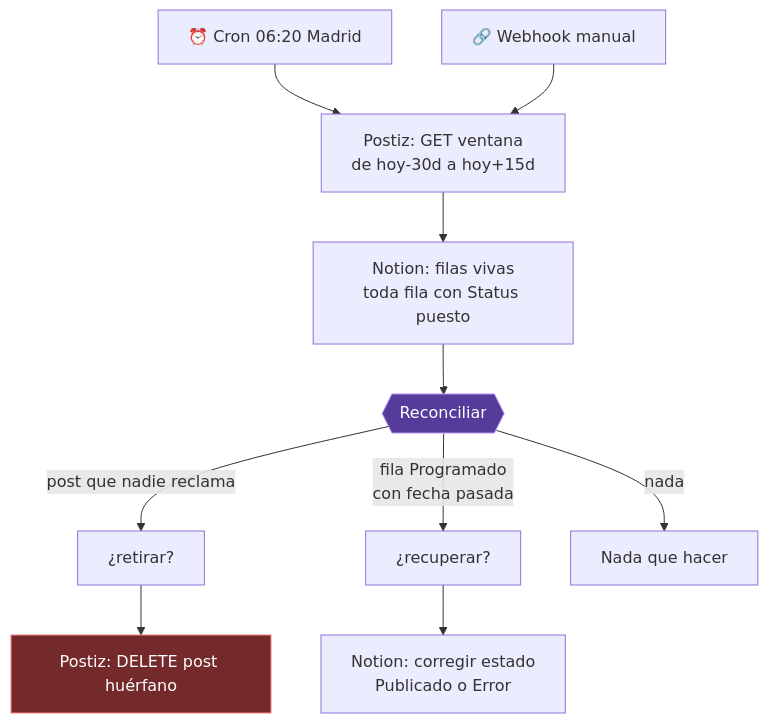
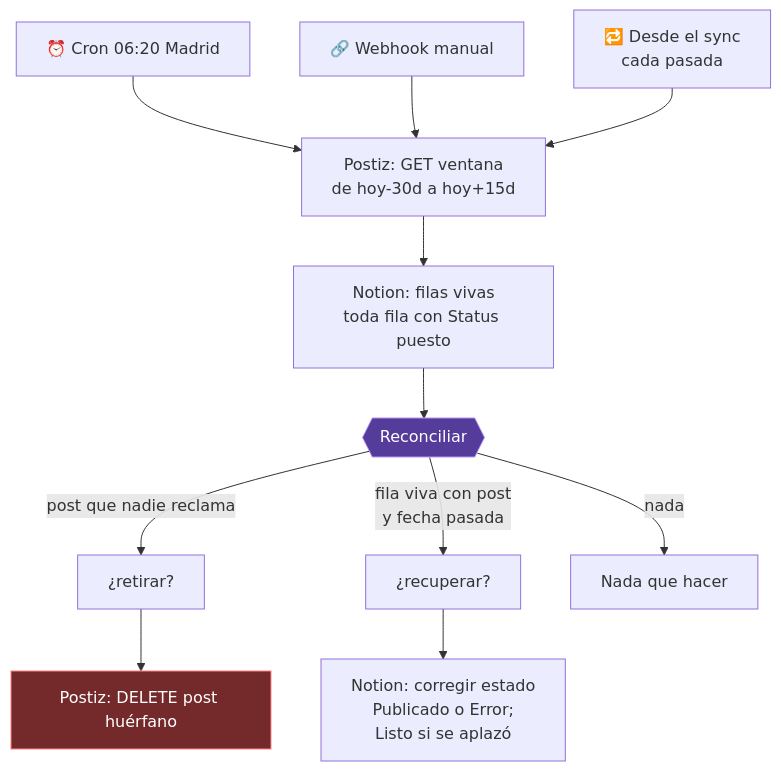
One commit to dustin-calderon/postiz-app changed the fifth of 11 diagrams in docs/architecture/CONTENT_PIPELINE_DIAGRAMS.md. Above: the diagram before and after it, drawn with Mermaid. The commit also changed other lines of this file and 2 other files, not shown here.

First line of the commit message:
fix(pipeline): una pieza aplazada no sale en la fecha vieja, ninguna fila con la fecha pasada se queda muda y otras láminas no publican las viejas

````diff
--- a/docs/architecture/CONTENT_PIPELINE_DIAGRAMS.md
+++ b/docs/architecture/CONTENT_PIPELINE_DIAGRAMS.md
@@ -212,17 +210,18 @@
 ```mermaid
 flowchart TD
     CR["⏰ Cron 06:20 Madrid"] --> GP["Postiz: GET ventana<br/>de hoy-30d a hoy+15d"]
     WM["🔗 Webhook manual"] --> GP
+    SY["🔁 Desde el sync<br/>cada pasada"] --> GP
     GP --> GN["Notion: filas vivas<br/>toda fila con Status puesto"]
     GN --> RECON{{"Reconciliar"}}
 
     RECON -->|"post que nadie reclama"| QR["¿retirar?"]
-    RECON -->|"fila Programado<br/>con fecha pasada"| QREC["¿recuperar?"]
+    RECON -->|"fila viva con post<br/>y fecha pasada"| QREC["¿recuperar?"]
     RECON -->|"nada"| NN["Nada que hacer"]
 
     QR --> DP["Postiz: DELETE post huérfano"]
-    QREC --> CE["Notion: corregir estado<br/>Publicado o Error"]
+    QREC --> CE["Notion: corregir estado<br/>Publicado o Error;<br/>Listo si se aplazó"]
 
     style RECON fill:#553c9a,stroke:#b794f4,color:#fff
     style DP fill:#742a2a,stroke:#fc8181,color:#fff
 ```
````
